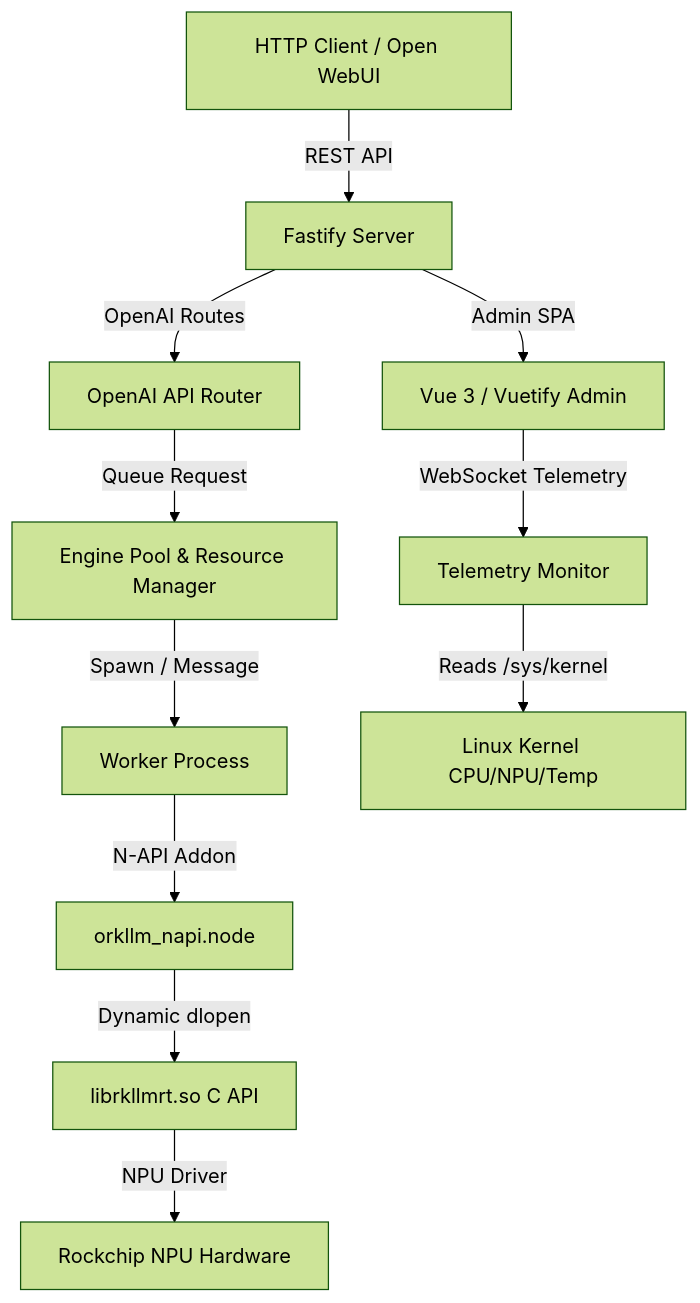
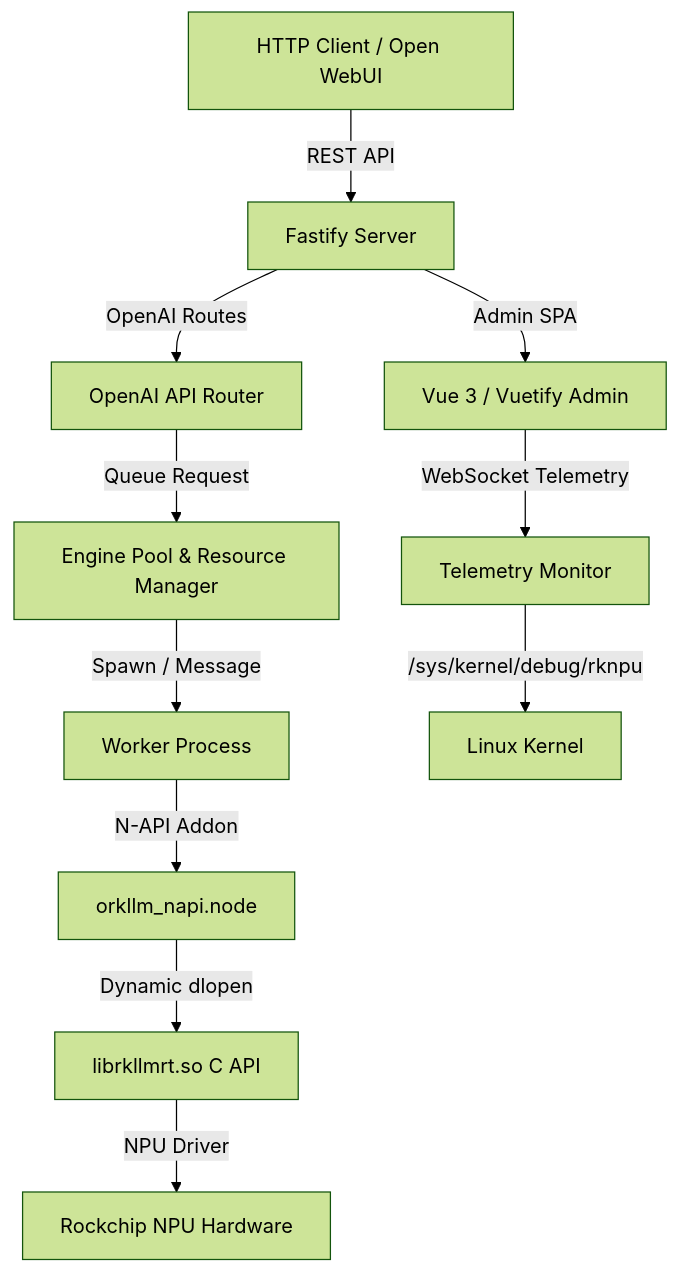
The diagram in README.md (mafischer/oRKLLM), drawn with Mermaid (forest theme) before and after one commit. The commit also changed other lines of this file, not shown here.

````diff
--- a/README.md
+++ b/README.md
@@ -64,15 +65,15 @@
 ```mermaid
 graph TD
     Client[HTTP Client / Open WebUI] -->|REST API| Fastify[Fastify Server]
     Fastify -->|Admin SPA| Admin[Vue 3 / Vuetify Admin]
     Fastify -->|OpenAI Routes| API[OpenAI API Router]
-    
+
     API -->|Queue Request| Pool[Engine Pool & Resource Manager]
     Pool -->|Spawn / Message| Worker[Worker Process]
     Worker -->|N-API Addon| Addon[orkllm_napi.node]
     Addon -->|Dynamic dlopen| C_API[librkllmrt.so C API]
     C_API -->|NPU Driver| NPU[Rockchip NPU Hardware]
-    
+
     Admin -->|WebSocket Telemetry| Monitor[Telemetry Monitor]
-    Monitor -->|Reads /sys/kernel| Linux[Linux Kernel CPU/NPU/Temp]
+    Monitor -->|/sys/kernel/debug/rknpu| Linux[Linux Kernel]
 ```
````
